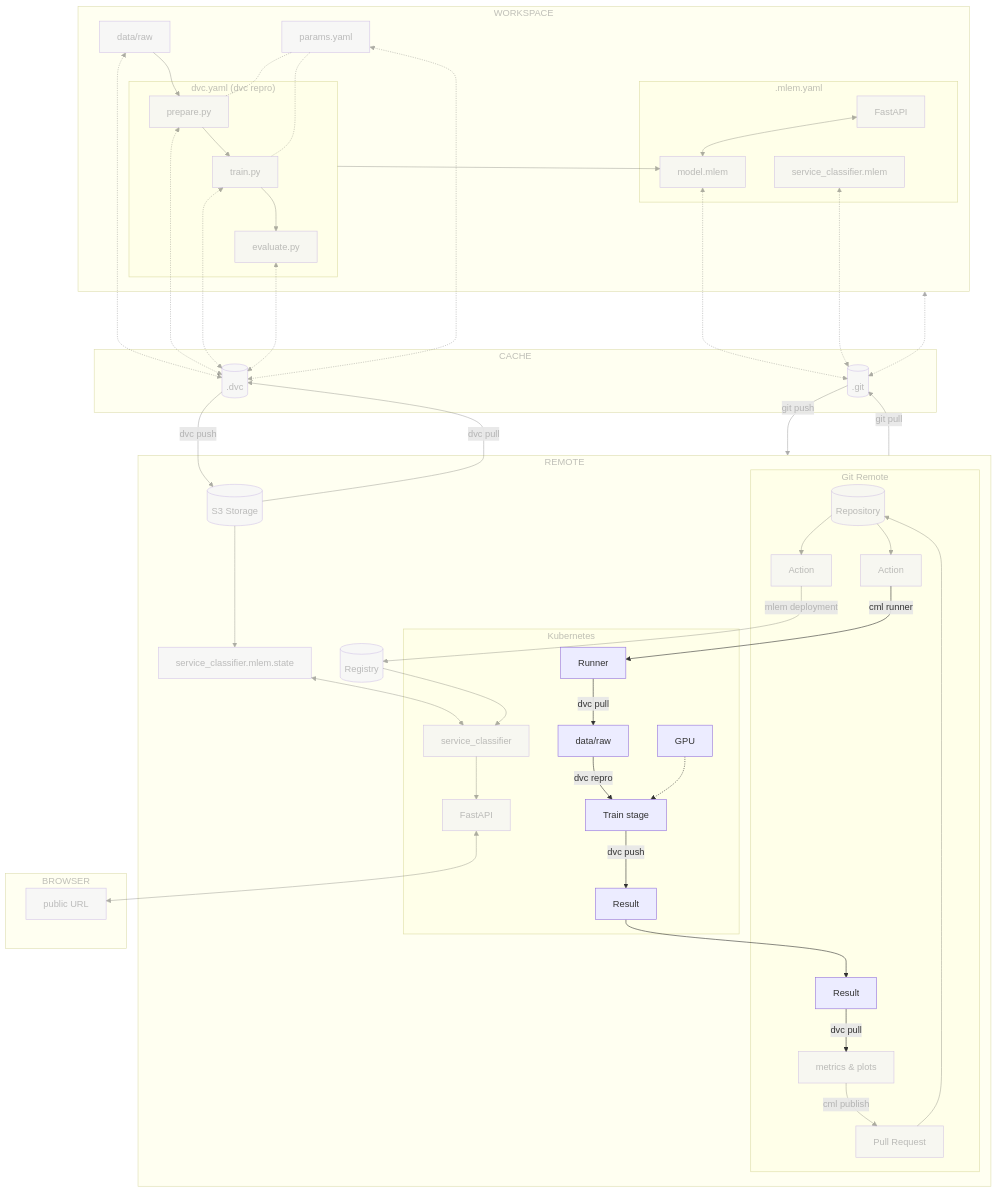
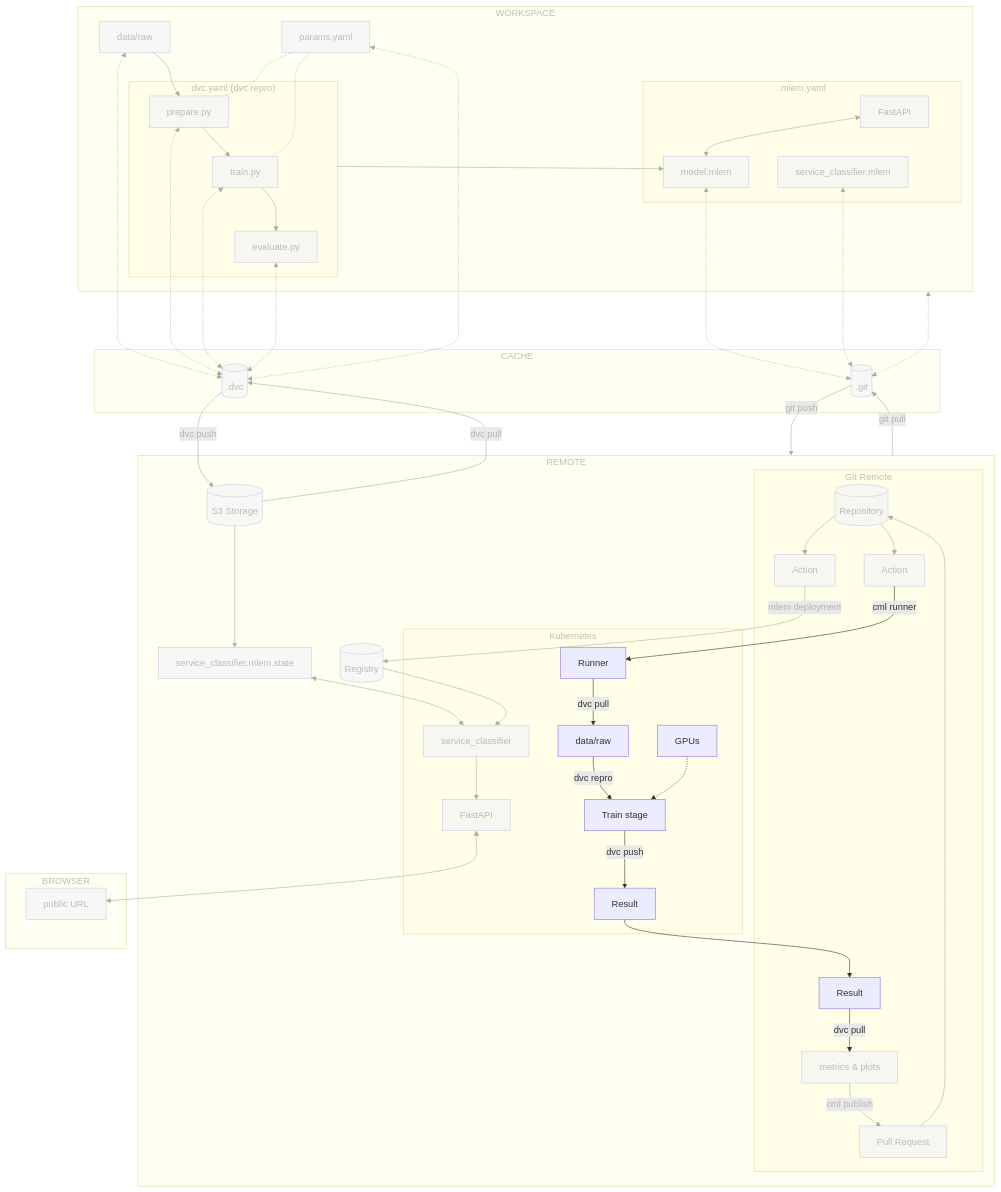
The diagram in docs/part-3-serve-and-deploy-the-model/chapter-15-train-the-model-on-a-kubernetes-pod-with-cml.md (swiss-ai-center/a-guide-to-mlops), drawn with Mermaid before and after one commit.

Commit message:
Add plural for GPUs in mermaid graph

```diff
--- a/docs/part-3-serve-and-deploy-the-model/chapter-15-train-the-model-on-a-kubernetes-pod-with-cml.md
+++ b/docs/part-3-serve-and-deploy-the-model/chapter-15-train-the-model-on-a-kubernetes-pod-with-cml.md
@@ -52,7 +52,7 @@
             action_runner[Runner] -->|dvc pull| action_data
             action_data[data/raw] -->|dvc repro| action_train[Train stage]
             action_train -->|dvc push| action_result[Result]
-            k8s_gpu[GPU] -.-> action_train
+            k8s_gpu[GPUs] -.-> action_train
             service_mlem_cluster[service_classifier]
             service_mlem_cluster --> k8s_fastapi[FastAPI]
         end
```
